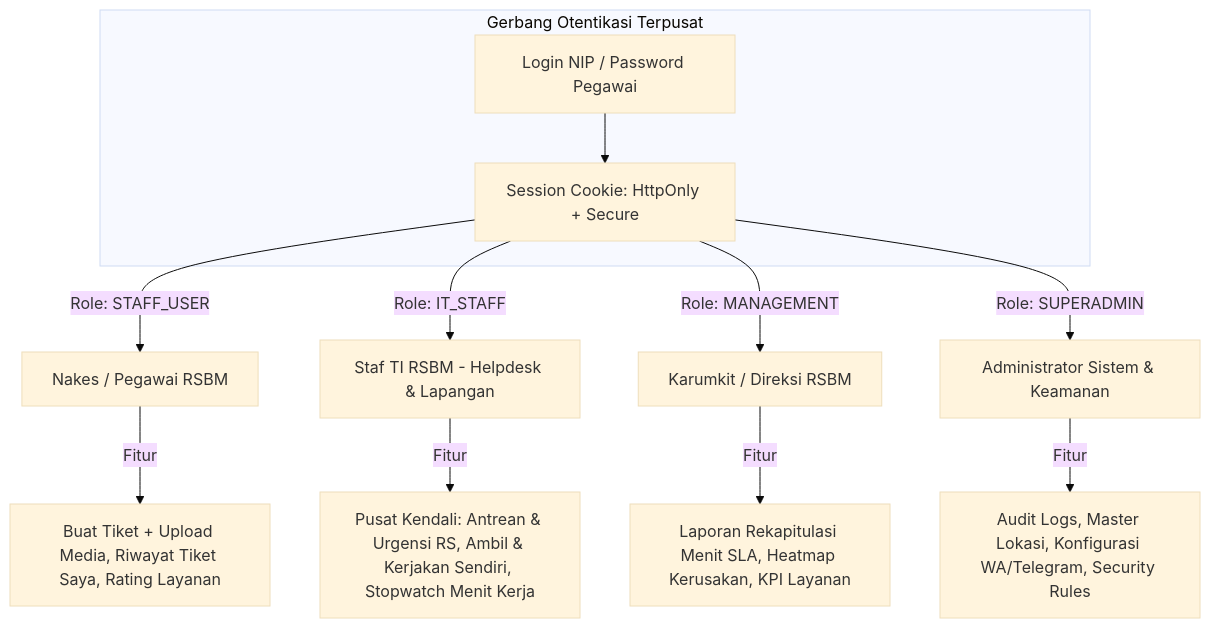
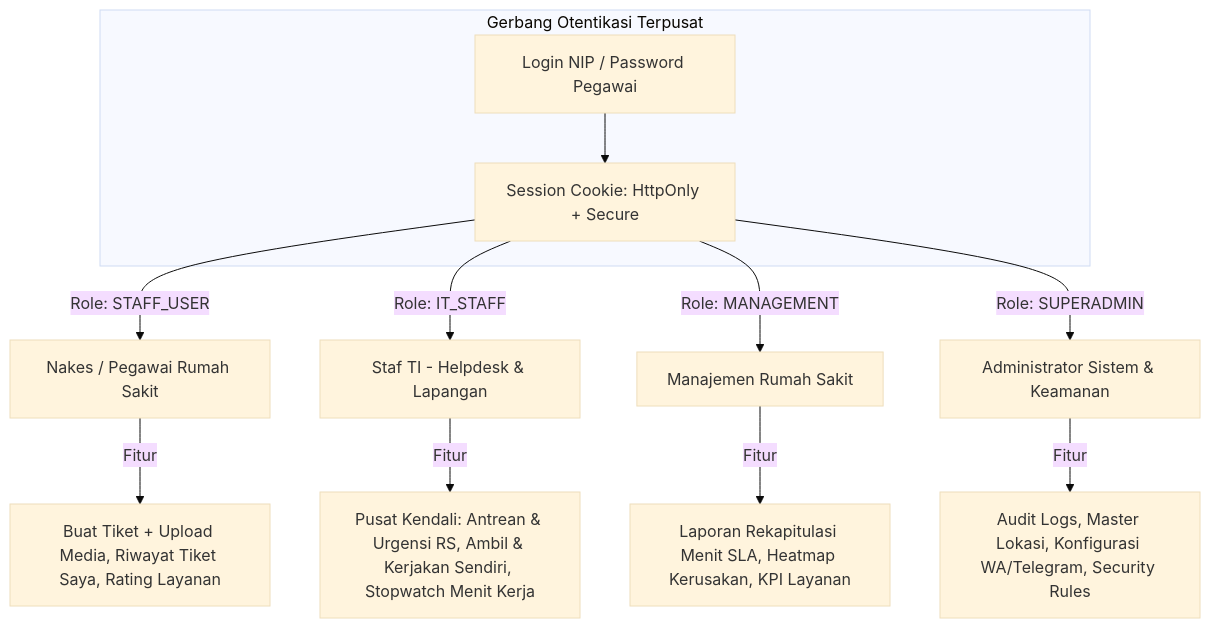
The first of 3 diagrams in PRD.md (simonfredy/SIATI), drawn with Mermaid (base theme) before and after one commit. The commit also changed other lines of this file and 17 other files, not shown here.

````diff
--- a/PRD.md
+++ b/PRD.md
@@ -47,16 +47,16 @@
 ```mermaid
 flowchart TD
     subgraph LoginAuth ["Gerbang Otentikasi Terpusat"]
         Login[Login NIP / Password Pegawai] --> JWT[Session Cookie: HttpOnly + Secure]
     end
 
-    JWT -->|Role: STAFF_USER| P1[Nakes / Pegawai RSBM]
-    JWT -->|Role: IT_STAFF| P2[Staf TI RSBM - Helpdesk & Lapangan]
-    JWT -->|Role: MANAGEMENT| P3[Karumkit / Direksi RSBM]
+    JWT -->|Role: STAFF_USER| P1[Nakes / Pegawai Rumah Sakit]
+    JWT -->|Role: IT_STAFF| P2[Staf TI - Helpdesk & Lapangan]
+    JWT -->|Role: MANAGEMENT| P3[Manajemen Rumah Sakit]
     JWT -->|Role: SUPERADMIN| P4[Administrator Sistem & Keamanan]
 
     P1 -->|Fitur| F1[Buat Tiket + Upload Media, Riwayat Tiket Saya, Rating Layanan]
     P2 -->|Fitur| F2[Pusat Kendali: Antrean & Urgensi RS, Ambil & Kerjakan Sendiri, Stopwatch Menit Kerja]
     P3 -->|Fitur| F3[Laporan Rekapitulasi Menit SLA, Heatmap Kerusakan, KPI Layanan]
     P4 -->|Fitur| F4[Audit Logs, Master Lokasi, Konfigurasi WA/Telegram, Security Rules]
 ```
````
